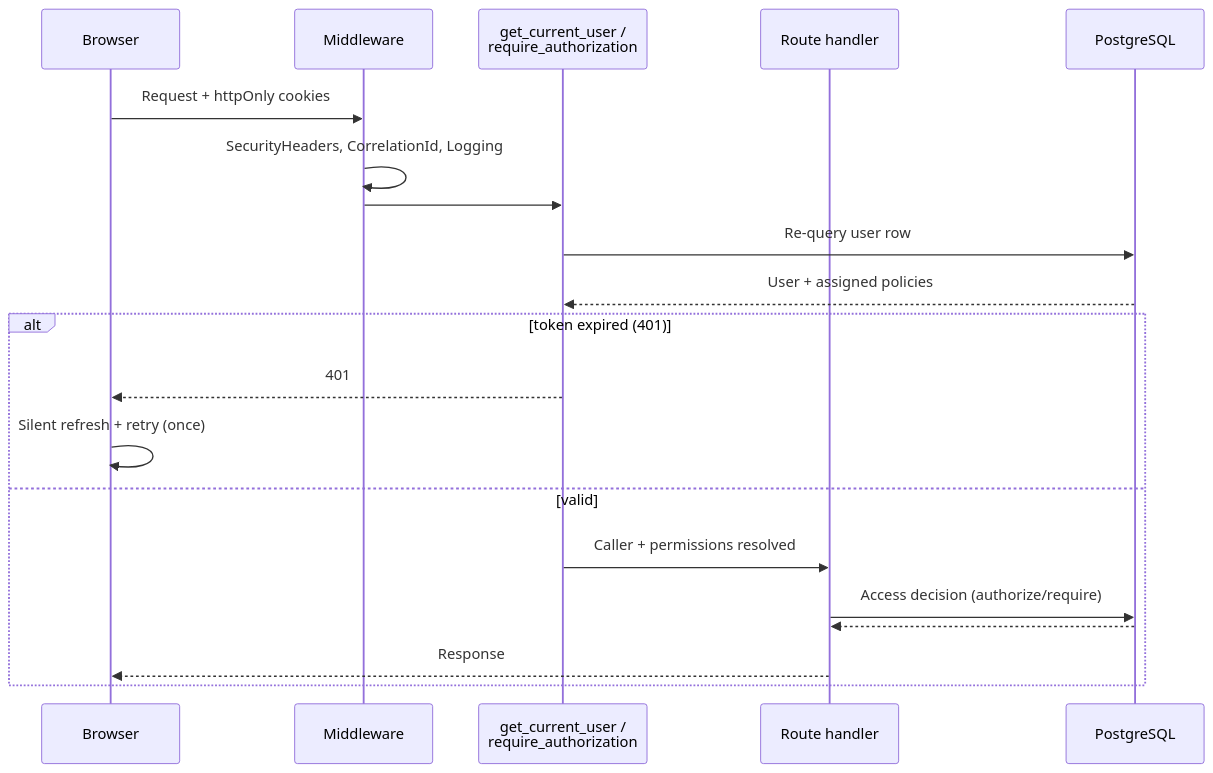
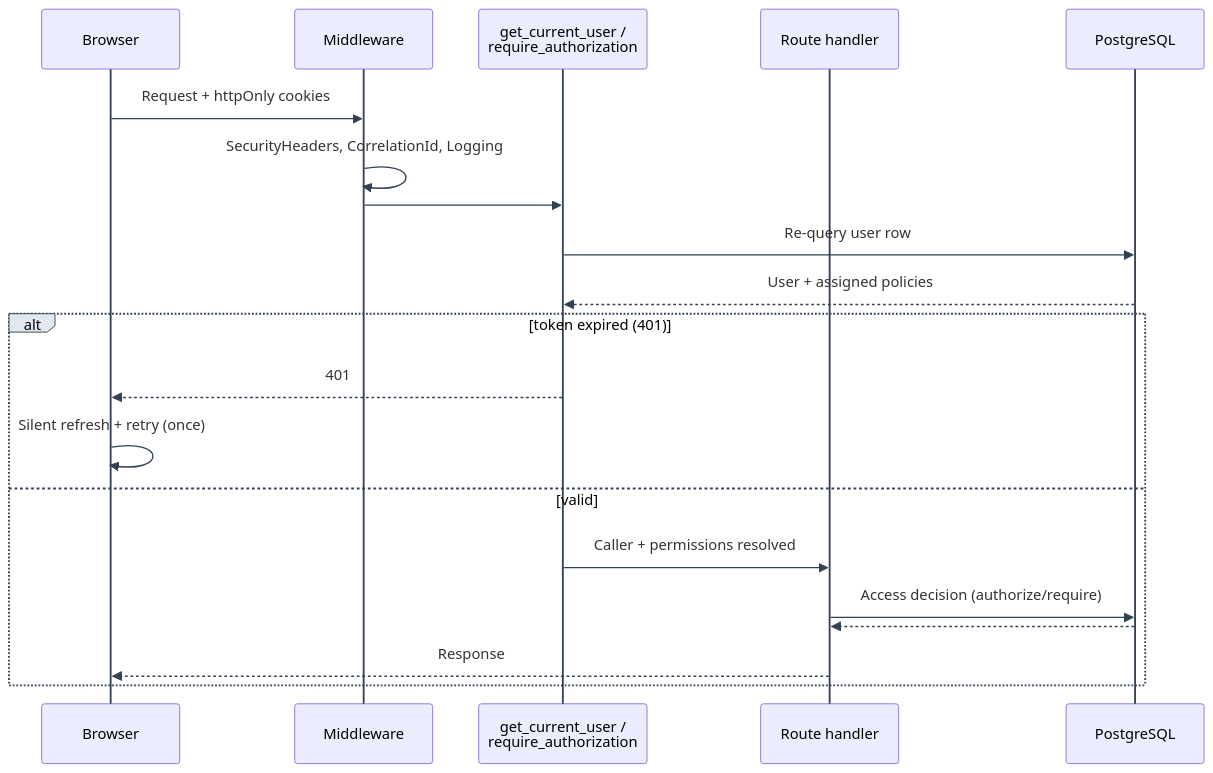
Before and after one commit to Nachiket-2024/mystic-auth: the second of 2 diagrams in docs/mystic_auth/architecture/system-overview.md, drawn with Mermaid. The commit also changed other lines of this file and 630 other files, not shown here.

````diff
--- a/docs/mystic_auth/architecture/system-overview.md
+++ b/docs/mystic_auth/architecture/system-overview.md
@@ -44,23 +51,24 @@
 ```mermaid
+%%{init: {"themeVariables": {"lineColor": "#334155", "signalColor": "#334155", "actorLineColor": "#334155", "activationBorderColor": "#334155", "labelBoxBorderColor": "#334155", "labelBoxBkgColor": "#e2e8f0", "noteBorderColor": "#334155"}, "themeCSS": ".messageLine0, .messageLine1 { stroke-width: 2px !important; }"} }%%
 sequenceDiagram
     participant B as Browser
     participant M as Middleware
-    participant D as get_current_user /<br/>require_authorization
+    participant D as get_current_user /<br/> require_authorization
     participant R as Route handler
     participant DB as PostgreSQL
 
     B->>M: Request + httpOnly cookies
     M->>M: SecurityHeaders, CorrelationId, Logging
     M->>D: 
     D->>DB: Re-query user row
     DB-->>D: User + assigned policies
     alt token expired (401)
         D-->>B: 401
         B->>B: Silent refresh + retry (once)
     else valid
         D->>R: Caller + permissions resolved
         R->>DB: Access decision (authorize/require)
         DB-->>R: 
         R-->>B: Response
     end
 ```
````
